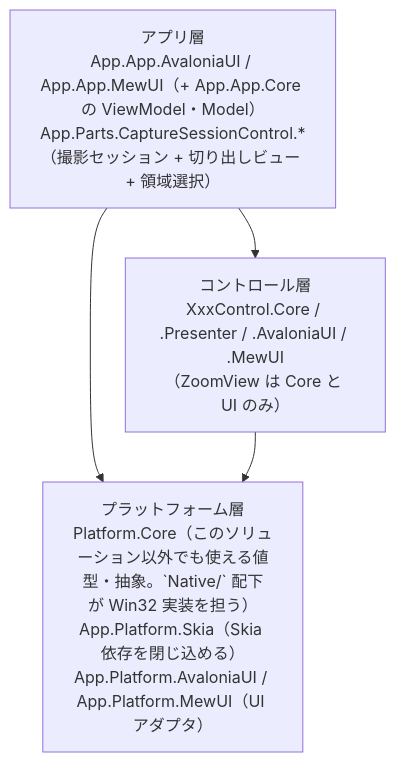
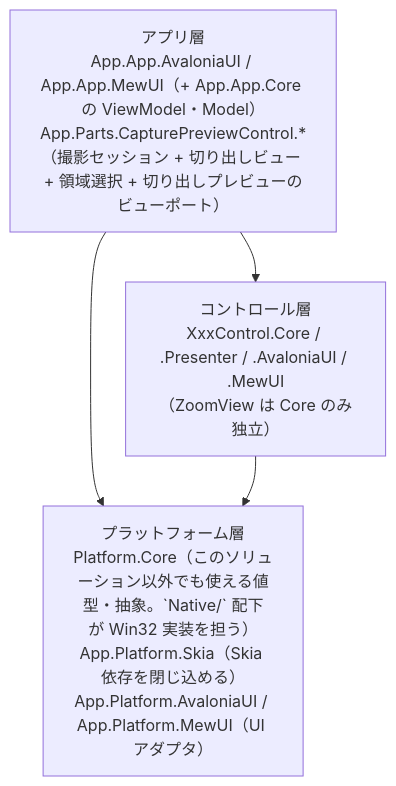
One commit to tomokuni/SaveEvidence changed the first of 2 diagrams in src/README.md. Above: the diagram before and after it, drawn with Mermaid. The commit also changed other lines of this file and 203 other files, not shown here.

````diff
--- a/src/README.md
+++ b/src/README.md
@@ -8,9 +8,9 @@
 ```mermaid
 flowchart TB
-    APP["アプリ層<br/>App.App.AvaloniaUI / App.App.MewUI（+ App.App.Core の ViewModel・Model）<br/>App.Parts.CaptureSessionControl.*（撮影セッション + 切り出しビュー + 領域選択）"]
-    CTRL["コントロール層<br/>XxxControl.Core / .Presenter / .AvaloniaUI / .MewUI<br/>（ZoomView は Core と UI のみ）"]
+    APP["アプリ層<br/>App.App.AvaloniaUI / App.App.MewUI（+ App.App.Core の ViewModel・Model）<br/>App.Parts.CapturePreviewControl.*（撮影セッション + 切り出しビュー + 領域選択 + 切り出しプレビューのビューポート）"]
+    CTRL["コントロール層<br/>XxxControl.Core / .Presenter / .AvaloniaUI / .MewUI<br/>（ZoomView は Core のみ独立）"]
     PLAT["プラットフォーム層<br/>Platform.Core（このソリューション以外でも使える値型・抽象。`Native/` 配下が Win32 実装を担う）<br/>App.Platform.Skia（Skia 依存を閉じ込める）<br/>App.Platform.AvaloniaUI / App.Platform.MewUI（UI アダプタ）"]
     APP --> CTRL
     APP --> PLAT
     CTRL --> PLAT
 ```
````
